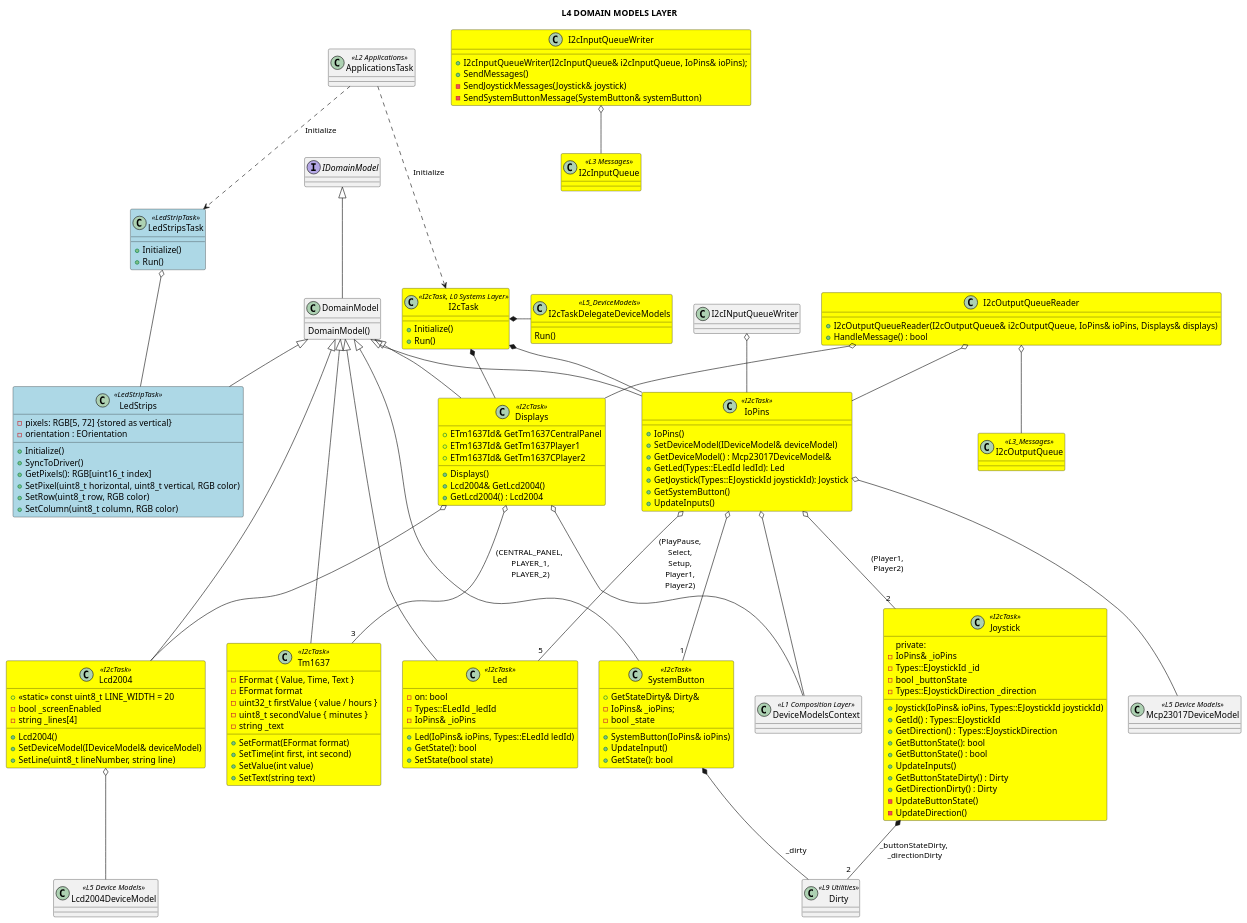
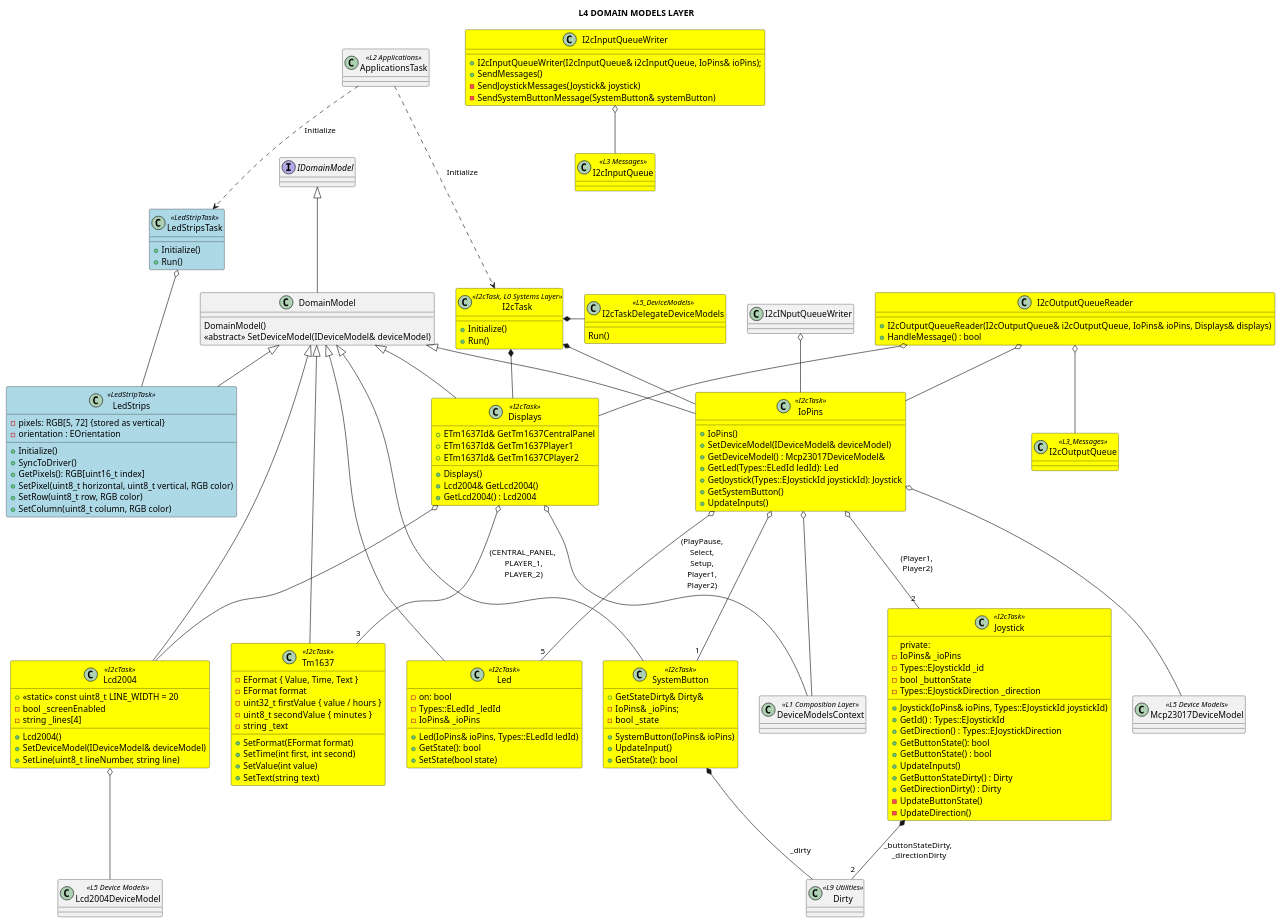
Before and after one commit to michelkeijzers/fraxis: the diagram in Docs/Software Design/Layers/L4_domain_models_layer.puml, drawn with PlantUML. The commit also changed 18 other files, not shown here.

Commit message:
Updated UML and adapted small non functional changes

```diff
--- a/Docs/Software Design/Layers/L4_domain_models_layer.puml
+++ b/Docs/Software Design/Layers/L4_domain_models_layer.puml
@@ -28,6 +28,7 @@
 class DomainModel 
 {
     DomainModel()
+    <<abstract>> SetDeviceModel(IDeviceModel& deviceModel)
 }
 
 DomainModel -u-|> IDomainModel
```
